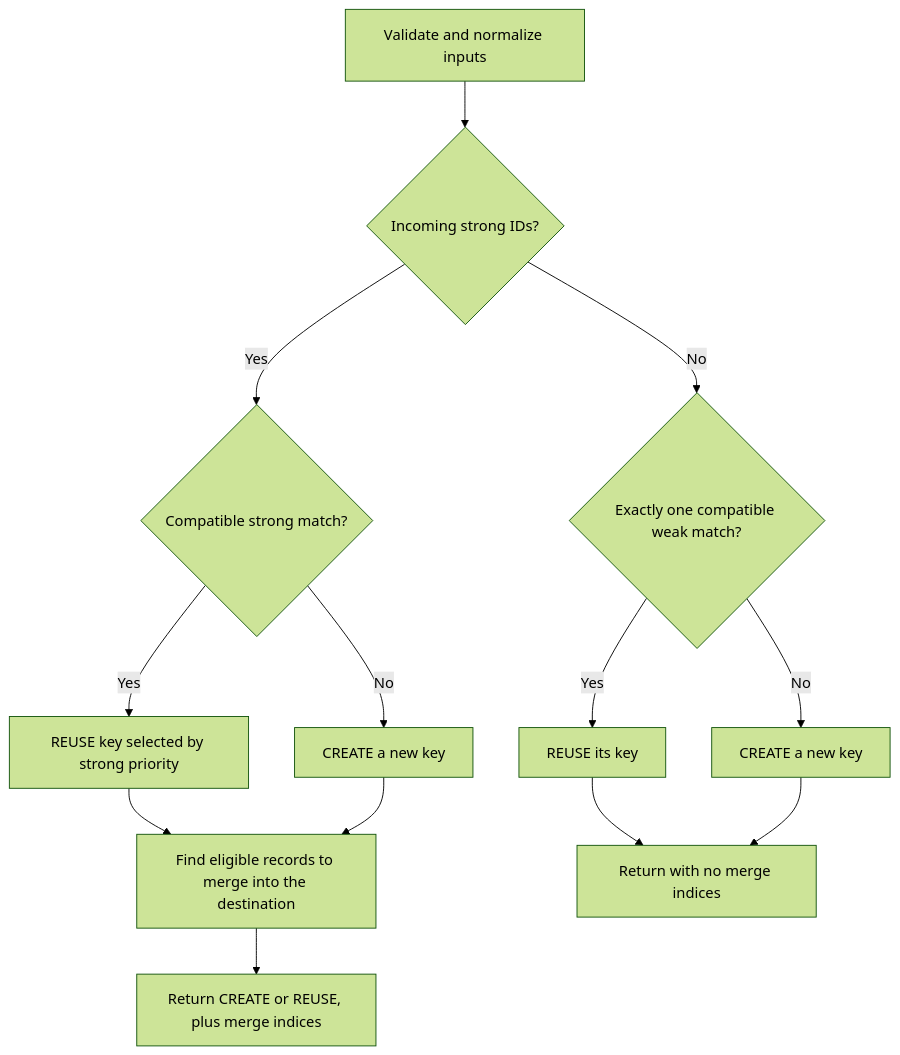
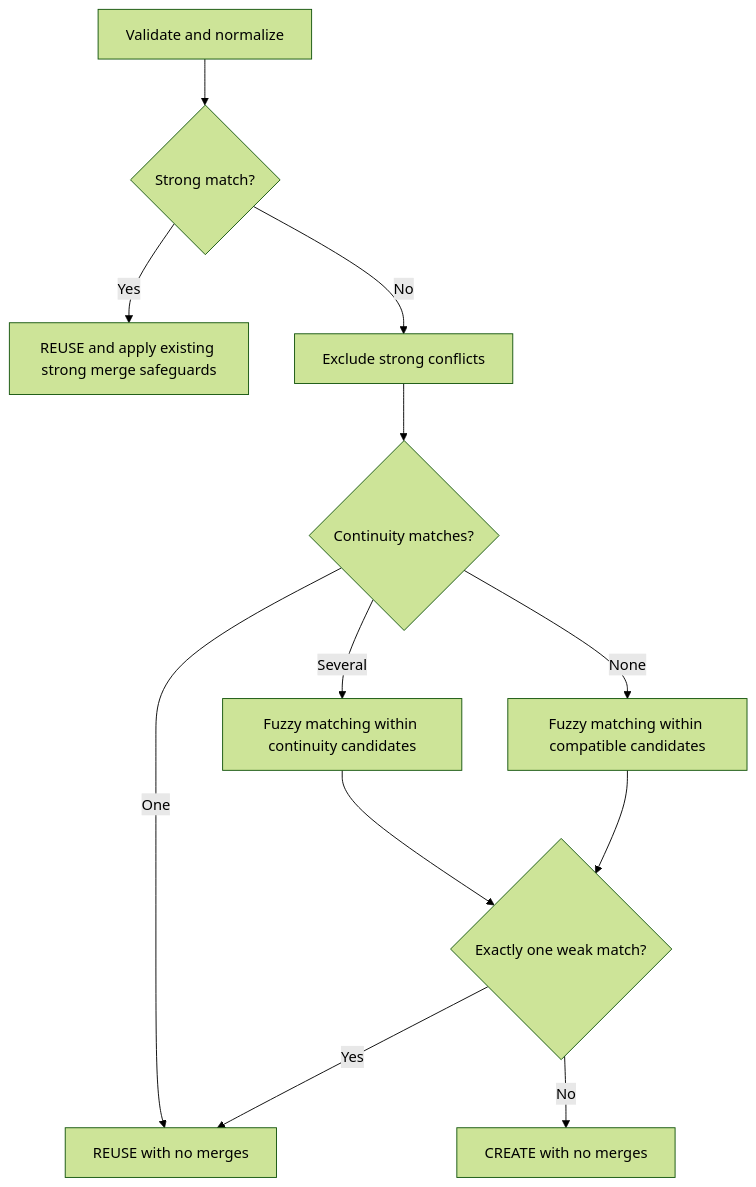
The diagram in docs/how-asset-identity-works.md (greenbone/asset-identity), drawn with Mermaid (forest theme) before and after one commit. The commit also changed other lines of this file and 27 other files, not shown here.

First line of the commit message:
add: add continuity matching for agent IDs and service keys

````diff
--- a/docs/how-asset-identity-works.md
+++ b/docs/how-asset-identity-works.md
@@ -141,15 +134,14 @@
 ```mermaid
 flowchart TD
-    A[Validate and normalize inputs] --> B{Incoming strong IDs?}
-    B -- Yes --> C{Compatible strong match?}
-    C -- Yes --> D[REUSE key selected by strong priority]
-    C -- No --> E[CREATE a new key]
-    B -- No --> F{Exactly one compatible weak match?}
-    F -- Yes --> G[REUSE its key]
-    F -- No --> J[CREATE a new key]
-    D --> H[Find eligible records to merge into the destination]
-    E --> H
-    H --> I[Return CREATE or REUSE, plus merge indices]
-    G --> K[Return with no merge indices]
-    J --> K
+    A[Validate and normalize] --> B{Strong match?}
+    B -- Yes --> C[REUSE and apply existing strong merge safeguards]
+    B -- No --> D[Exclude strong conflicts]
+    D --> E{Continuity matches?}
+    E -- One --> F[REUSE with no merges]
+    E -- Several --> G[Fuzzy matching within continuity candidates]
+    E -- None --> H[Fuzzy matching within compatible candidates]
+    G --> I{Exactly one weak match?}
+    H --> I
+    I -- Yes --> F
+    I -- No --> J[CREATE with no merges]
 ```
````
